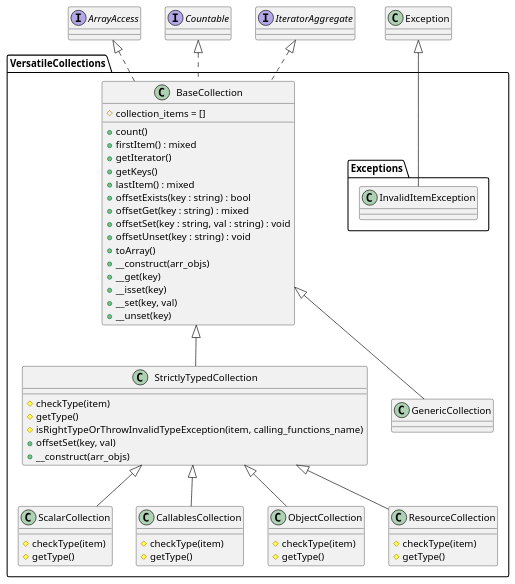
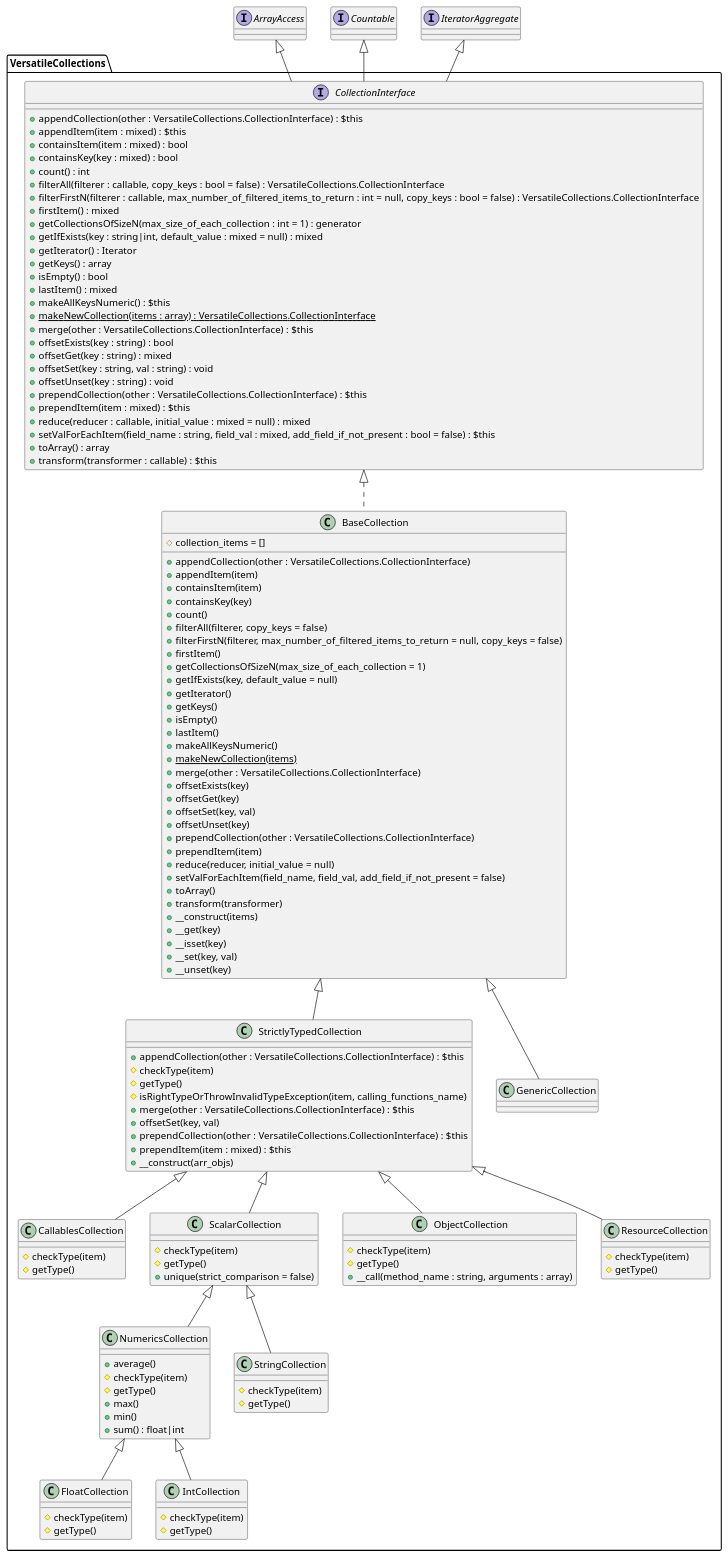
The diagram in versatile-collections.puml (rotexdegba/php-plantuml-class-diagram-generator), drawn with PlantUML before and after one commit. The commit also changed 3 other files, not shown here.

```diff
--- a/versatile-collections.puml
+++ b/versatile-collections.puml
@@ -1,57 +1,131 @@
 @startuml
-class VersatileCollections.ScalarCollection {
-    #checkType(item)
-    #getType()
+abstract class VersatileCollections.BaseCollection {
+    #collection_items = []
+    +appendCollection(other : VersatileCollections.CollectionInterface)
+    +appendItem(item)
+    +containsItem(item)
+    +containsKey(key)
+    +count()
+    +filterAll(filterer, copy_keys = false)
+    +filterFirstN(filterer, max_number_of_filtered_items_to_return = null, copy_keys = false)
+    +firstItem()
+    +getCollectionsOfSizeN(max_size_of_each_collection = 1)
+    +getIfExists(key, default_value = null)
+    +getIterator()
+    +getKeys()
+    +isEmpty()
+    +lastItem()
+    +makeAllKeysNumeric()
+    +{static}makeNewCollection(items)
+    +merge(other : VersatileCollections.CollectionInterface)
+    +offsetExists(key)
+    +offsetGet(key)
+    +offsetSet(key, val)
+    +offsetUnset(key)
+    +prependCollection(other : VersatileCollections.CollectionInterface)
+    +prependItem(item)
+    +reduce(reducer, initial_value = null)
+    +setValForEachItem(field_name, field_val, add_field_if_not_present = false)
+    +toArray()
+    +transform(transformer)
+    +__construct(items)
+    +__get(key)
+    +__isset(key)
+    +__set(key, val)
+    +__unset(key)
 }
-class VersatileCollections.ScalarCollection extends VersatileCollections.StrictlyTypedCollection
+class VersatileCollections.BaseCollection implements VersatileCollections.CollectionInterface
 class VersatileCollections.CallablesCollection {
     #checkType(item)
     #getType()
 }
 class VersatileCollections.CallablesCollection extends VersatileCollections.StrictlyTypedCollection
-abstract class VersatileCollections.BaseCollection {
-    #collection_items = []
-    +count()
+interface VersatileCollections.CollectionInterface {
+    +appendCollection(other : VersatileCollections.CollectionInterface) : $this
+    +appendItem(item : mixed) : $this
+    +containsItem(item : mixed) : bool
+    +containsKey(key : mixed) : bool
+    +count() : int
+    +filterAll(filterer : callable, copy_keys : bool = false) : VersatileCollections.CollectionInterface
+    +filterFirstN(filterer : callable, max_number_of_filtered_items_to_return : int = null, copy_keys : bool = false) : VersatileCollections.CollectionInterface
     +firstItem() : mixed
-    +getIterator()
-    +getKeys()
+    +getCollectionsOfSizeN(max_size_of_each_collection : int = 1) : generator
+    +getIfExists(key : string|int, default_value : mixed = null) : mixed
+    +getIterator() : Iterator
+    +getKeys() : array
+    +isEmpty() : bool
     +lastItem() : mixed
+    +makeAllKeysNumeric() : $this
+    +{static}makeNewCollection(items : array) : VersatileCollections.CollectionInterface
+    +merge(other : VersatileCollections.CollectionInterface) : $this
     +offsetExists(key : string) : bool
     +offsetGet(key : string) : mixed
     +offsetSet(key : string, val : string) : void
     +offsetUnset(key : string) : void
-    +toArray()
-    +__construct(arr_objs)
-    +__get(key)
-    +__isset(key)
-    +__set(key, val)
-    +__unset(key)
+    +prependCollection(other : VersatileCollections.CollectionInterface) : $this
+    +prependItem(item : mixed) : $this
+    +reduce(reducer : callable, initial_value : mixed = null) : mixed
+    +setValForEachItem(field_name : string, field_val : mixed, add_field_if_not_present : bool = false) : $this
+    +toArray() : array
+    +transform(transformer : callable) : $this
 }
-class VersatileCollections.BaseCollection implements ArrayAccess
-class VersatileCollections.BaseCollection implements Countable
-class VersatileCollections.BaseCollection implements IteratorAggregate
-abstract class VersatileCollections.StrictlyTypedCollection {
+interface VersatileCollections.CollectionInterface implements ArrayAccess
+interface VersatileCollections.CollectionInterface implements Countable
+interface VersatileCollections.CollectionInterface implements IteratorAggregate
+class VersatileCollections.FloatCollection {
     #checkType(item)
     #getType()
-    #isRightTypeOrThrowInvalidTypeException(item, calling_functions_name)
-    +offsetSet(key, val)
-    +__construct(arr_objs)
 }
-class VersatileCollections.StrictlyTypedCollection extends VersatileCollections.BaseCollection
+class VersatileCollections.FloatCollection extends VersatileCollections.NumericsCollection
+class VersatileCollections.GenericCollection {
+}
+class VersatileCollections.GenericCollection extends VersatileCollections.BaseCollection
+class VersatileCollections.IntCollection {
+    #checkType(item)
+    #getType()
+}
+class VersatileCollections.IntCollection extends VersatileCollections.NumericsCollection
+class VersatileCollections.NumericsCollection {
+    +average()
+    #checkType(item)
+    #getType()
+    +max()
+    +min()
+    +sum() : float|int
+}
+class VersatileCollections.NumericsCollection extends VersatileCollections.ScalarCollection
 class VersatileCollections.ObjectCollection {
     #checkType(item)
     #getType()
+    +__call(method_name : string, arguments : array)
 }
 class VersatileCollections.ObjectCollection extends VersatileCollections.StrictlyTypedCollection
-class VersatileCollections.GenericCollection {
-}
-class VersatileCollections.GenericCollection extends VersatileCollections.BaseCollection
 class VersatileCollections.ResourceCollection {
     #checkType(item)
     #getType()
 }
 class VersatileCollections.ResourceCollection extends VersatileCollections.StrictlyTypedCollection
-class VersatileCollections.Exceptions.InvalidItemException {
+class VersatileCollections.ScalarCollection {
+    #checkType(item)
+    #getType()
+    +unique(strict_comparison = false)
 }
-class VersatileCollections.Exceptions.InvalidItemException extends Exception
+class VersatileCollections.ScalarCollection extends VersatileCollections.StrictlyTypedCollection
+abstract class VersatileCollections.StrictlyTypedCollection {
+    +appendCollection(other : VersatileCollections.CollectionInterface) : $this
+    #checkType(item)
+    #getType()
+    #isRightTypeOrThrowInvalidTypeException(item, calling_functions_name)
+    +merge(other : VersatileCollections.CollectionInterface) : $this
+    +offsetSet(key, val)
+    +prependCollection(other : VersatileCollections.CollectionInterface) : $this
+    +prependItem(item : mixed) : $this
+    +__construct(arr_objs)
+}
+class VersatileCollections.StrictlyTypedCollection extends VersatileCollections.BaseCollection
+class VersatileCollections.StringCollection {
+    #checkType(item)
+    #getType()
+}
+class VersatileCollections.StringCollection extends VersatileCollections.ScalarCollection
 @enduml
```
